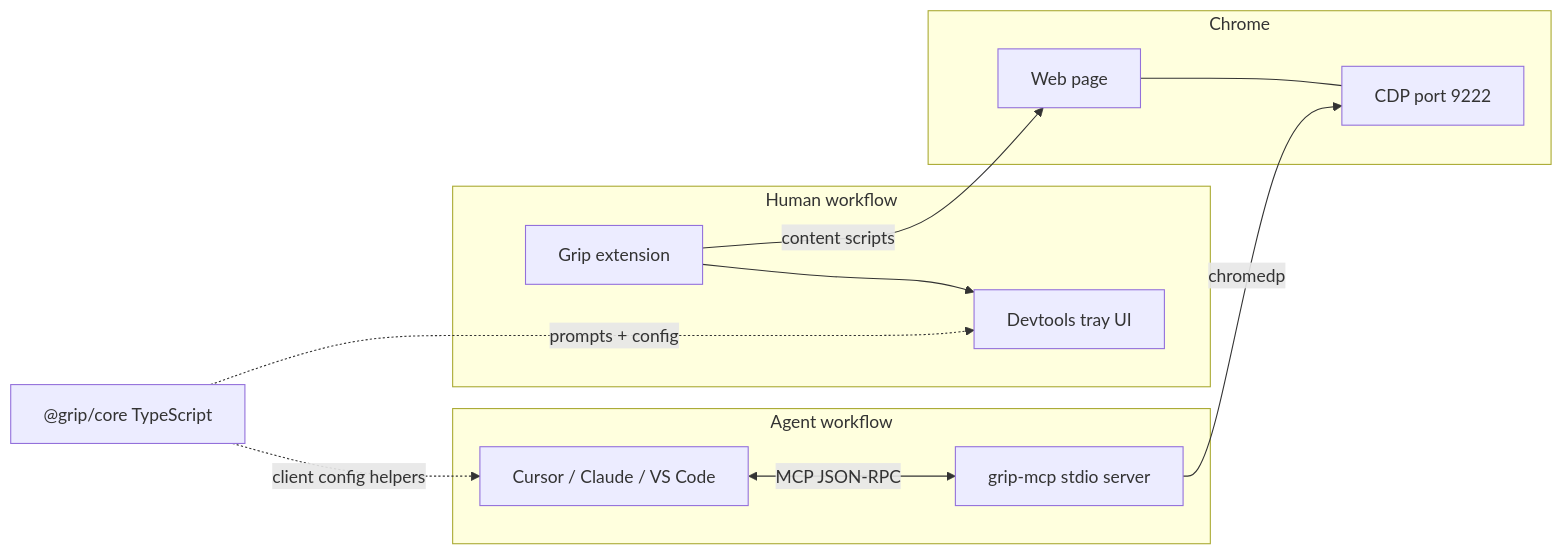
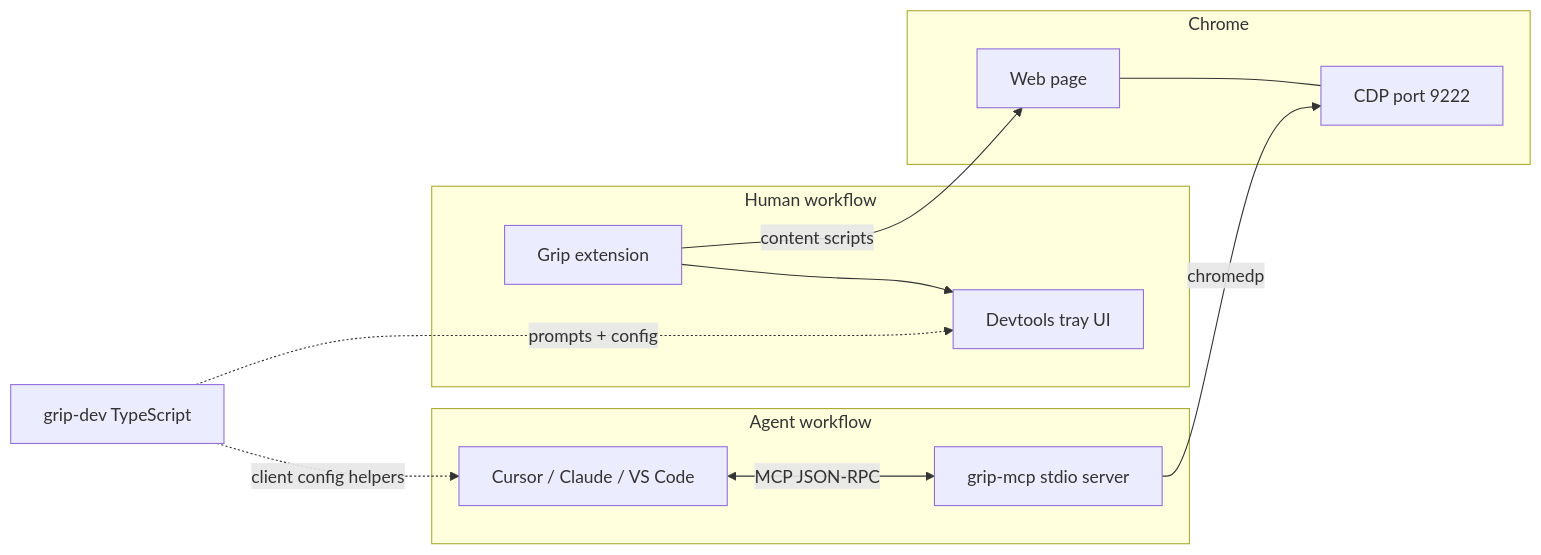
Before and after one commit to the-shoaib2/grip: the diagram in docs/MCP.md, drawn with Mermaid. The commit also changed other lines of this file and 78 other files, not shown here.

Commit message:
refactor: rename package @grip/core to grip-dev and add release workflow

````diff
--- a/docs/MCP.md
+++ b/docs/MCP.md
@@ -7,25 +7,25 @@
 ```mermaid
 flowchart LR
   subgraph human ["Human workflow"]
     Ext["Grip extension"]
     Tray["Devtools tray UI"]
     Ext --> Tray
   end
 
   subgraph chrome ["Chrome"]
     Page["Web page"]
     CDP["CDP port 9222"]
     Page --- CDP
   end
 
   subgraph agent ["Agent workflow"]
     IDE["Cursor / Claude / VS Code"]
     MCP["grip-mcp stdio server"]
     IDE <-->|"MCP JSON-RPC"| MCP
   end
 
   Ext -->|"content scripts"| Page
   MCP -->|"chromedp"| CDP
-  Core["@grip/core TypeScript"] -.->|"prompts + config"| Tray
+  Core["grip-dev TypeScript"] -.->|"prompts + config"| Tray
   Core -.->|"client config helpers"| IDE
 ```
````
